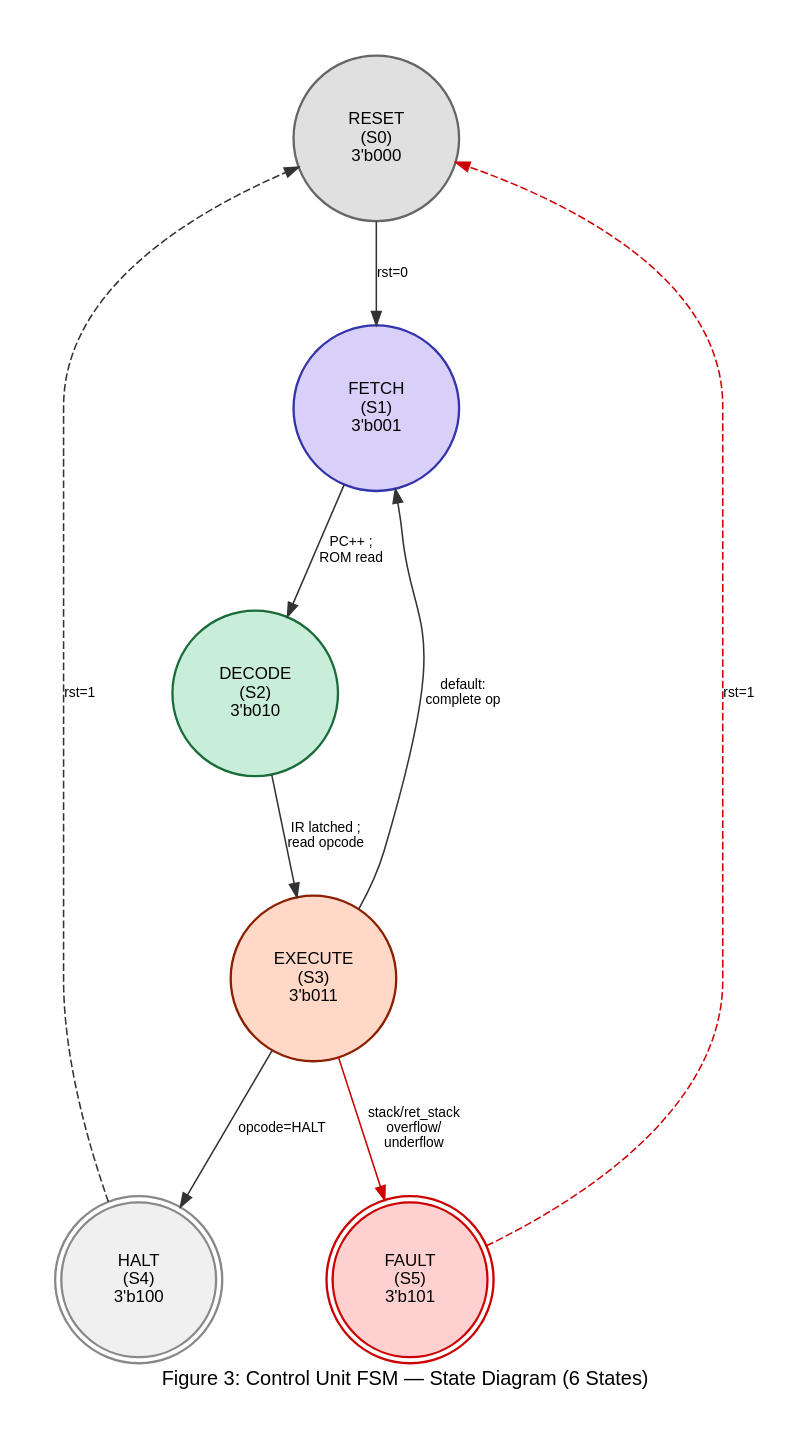
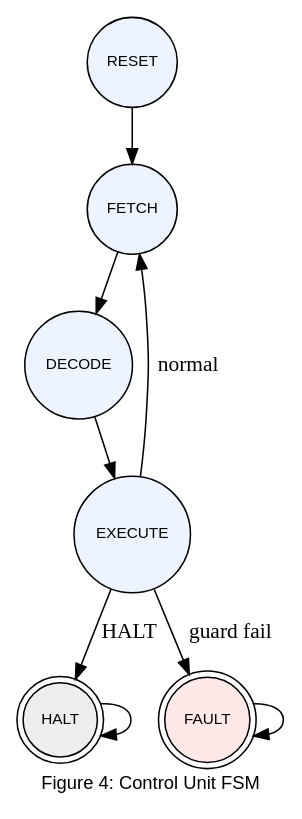
Before and after one commit to Faruk982/stack_cpu: the fourth of 5 diagrams in report.md, drawn with Graphviz. The commit also changed other lines of this file and 19 other files, not shown here.

````diff
--- a/report.md
+++ b/report.md
@@ -387,26 +291,22 @@
 ```graphviz
 digraph fsm {
-    graph [label="Figure 3: Control Unit FSM — State Diagram (6 States)", labelloc=b,
-           fontname="Arial", fontsize=13, bgcolor=white, pad=0.4,
-           nodesep=0.7, ranksep=0.8]
-    node  [fontname="Arial", fontsize=11, shape=circle, style="filled",
-           fillcolor="#EEF2FF", color="#3333AA", penwidth=1.5, width=1.5, fixedsize=true]
-    edge  [fontname="Arial", fontsize=9, color="#333333", arrowsize=0.9]
+    graph [label="Figure 4: Control Unit FSM", labelloc=b, fontname="Arial", fontsize=12]
+    node [shape=circle, style=filled, fillcolor="#eef4ff", fontname="Arial", fontsize=10]
 
-    RESET [label="RESET\n(S0)\n3'b000", fillcolor="#E0E0E0", color="#666666"]
-    FETCH [label="FETCH\n(S1)\n3'b001", fillcolor="#D8D0F8", color="#3333AA"]
-    DECODE[label="DECODE\n(S2)\n3'b010", fillcolor="#C8EDD8", color="#1a6b3a"]
-    EXEC  [label="EXECUTE\n(S3)\n3'b011", fillcolor="#FFD8C8", color="#8B2000"]
-    HALT  [label="HALT\n(S4)\n3'b100", fillcolor="#F0F0F0", color="#888888", shape=doublecircle, width=1.4]
-    FAULT [label="FAULT\n(S5)\n3'b101", fillcolor="#FFD0D0", color="#CC0000", shape=doublecircle, width=1.4]
+    RESET [label="RESET"]
+    FETCH [label="FETCH"]
+    DECODE [label="DECODE"]
+    EXEC [label="EXECUTE"]
+    HALT [label="HALT", shape=doublecircle, fillcolor="#eeeeee"]
+    FAULT [label="FAULT", shape=doublecircle, fillcolor="#ffe8e8"]
 
-    RESET -> FETCH  [label="rst=0"]
-    FETCH -> DECODE [label="PC++ ;\nROM read"]
-    DECODE-> EXEC   [label="IR latched ;\nread opcode"]
-    EXEC  -> FETCH  [label="default:\ncomplete op"]
-    EXEC  -> HALT   [label="opcode=HALT"]
-    EXEC  -> FAULT  [label="stack/ret_stack\noverflow/\nunderflow", color="#CC0000"]
-    HALT  -> RESET  [label="rst=1", style=dashed]
-    FAULT -> RESET  [label="rst=1", style=dashed, color="#CC0000"]
+    RESET -> FETCH
+    FETCH -> DECODE
+    DECODE -> EXEC
+    EXEC -> FETCH [label="normal"]
+    EXEC -> HALT [label="HALT"]
+    EXEC -> FAULT [label="guard fail"]
+    HALT -> HALT
+    FAULT -> FAULT
 }
 ```
````
